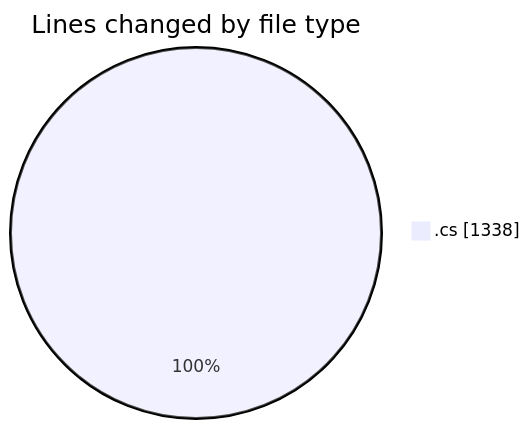
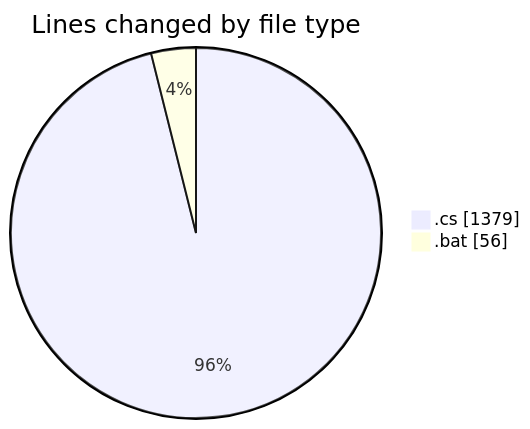
One commit to lephambinh05/code-tracking changed the first of 2 diagrams in 2025-07-20/reggarena/README.md. Above: the diagram before and after it, drawn with Mermaid. The commit also changed other lines of this file and 1 other file, not shown here.

````diff
--- a/2025-07-20/reggarena/README.md
+++ b/2025-07-20/reggarena/README.md
@@ -22,5 +23,6 @@
 ```mermaid
 pie showData
 title Lines changed by file type
-".cs" : 1338
+".cs" : 1379
+".bat" : 56
 ```
````
